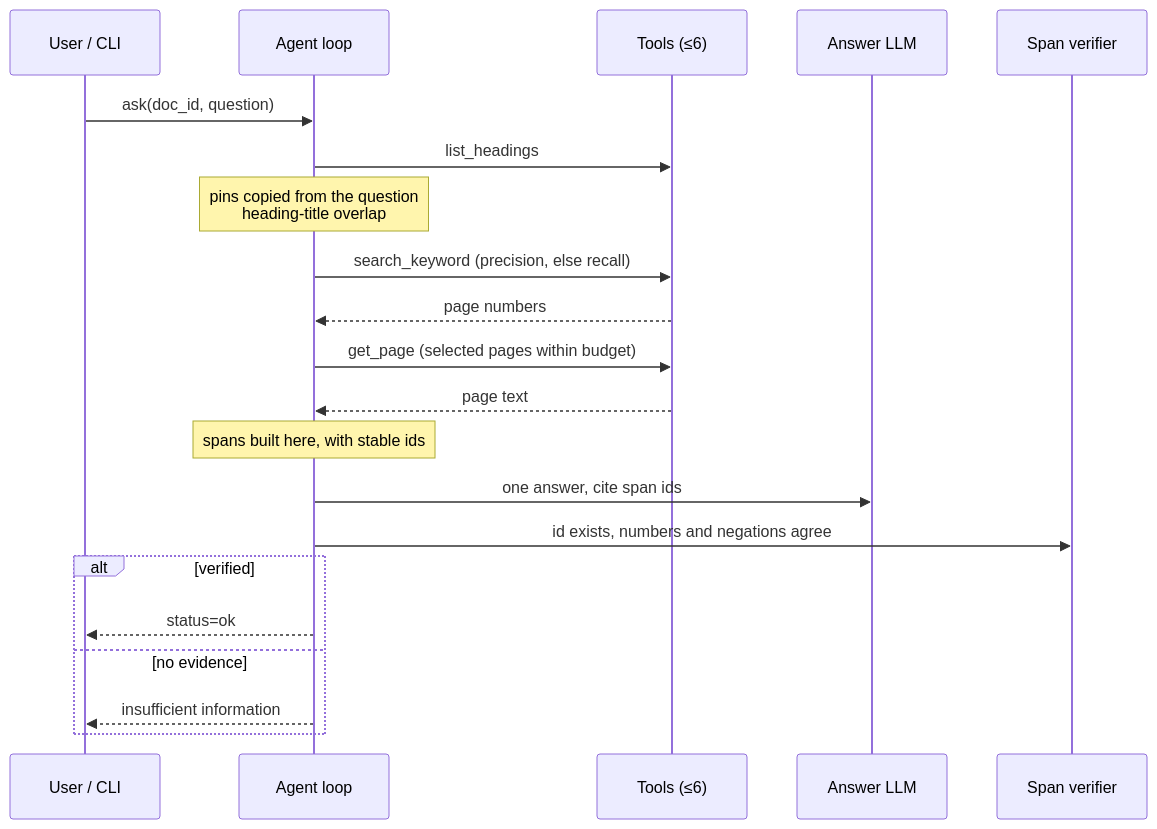
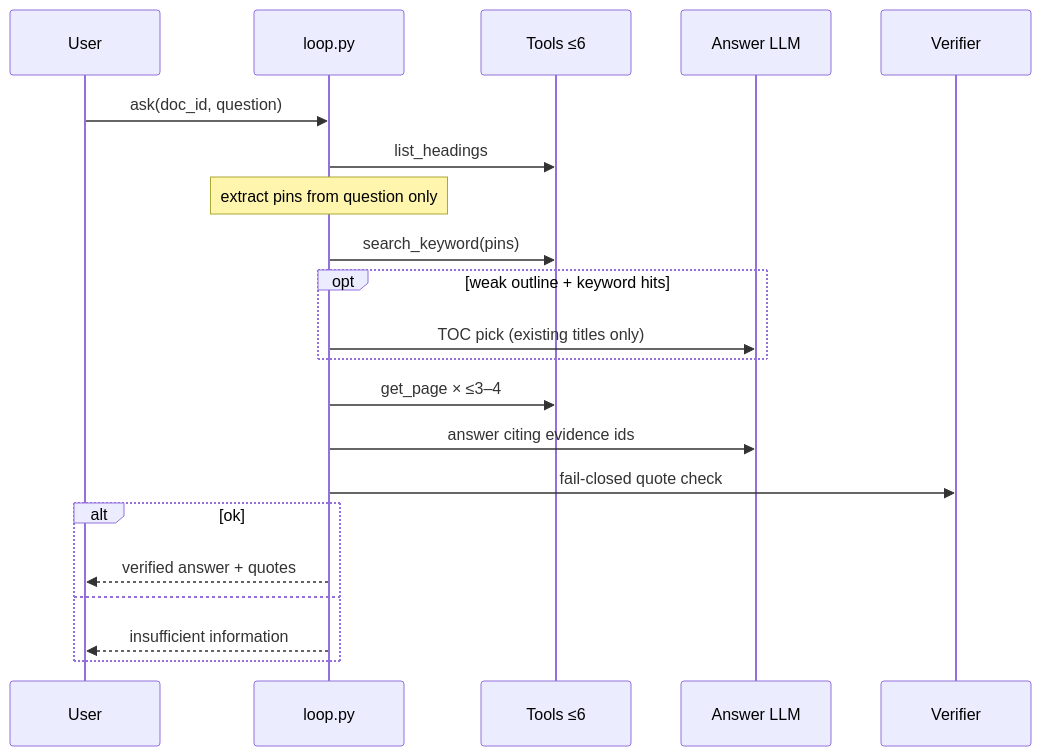
Before and after one commit to riyaz-ahamed-07/SixCall: the second of 4 diagrams in README.md, drawn with Mermaid. The commit also changed other lines of this file, not shown here.

````diff
--- a/README.md
+++ b/README.md
@@ -179,24 +114,24 @@
 ```mermaid
 sequenceDiagram
-  participant U as User / CLI
-  participant A as Agent loop
-  participant T as Tools (≤6)
-  participant Ans as Answer LLM
-  participant V as Span verifier
+  participant U as User
+  participant A as loop.py
+  participant T as Tools ≤6
+  participant L as Answer LLM
+  participant V as Verifier
 
   U->>A: ask(doc_id, question)
   A->>T: list_headings
-  Note over A: pins copied from the question<br/>heading-title overlap
-  A->>T: search_keyword (precision, else recall)
-  T-->>A: page numbers
-  A->>T: get_page (selected pages within budget)
-  T-->>A: page text
-  Note over A: spans built here, with stable ids
-  A->>Ans: one answer, cite span ids
-  A->>V: id exists, numbers and negations agree
-  alt verified
-    A-->>U: status=ok
-  else no evidence
+  Note over A: extract pins from question only
+  A->>T: search_keyword(pins)
+  opt weak outline + keyword hits
+    A->>L: TOC pick (existing titles only)
+  end
+  A->>T: get_page × ≤3–4
+  A->>L: answer citing evidence ids
+  A->>V: fail-closed quote check
+  alt ok
+    A-->>U: verified answer + quotes
+  else
     A-->>U: insufficient information
   end
 ```
````
